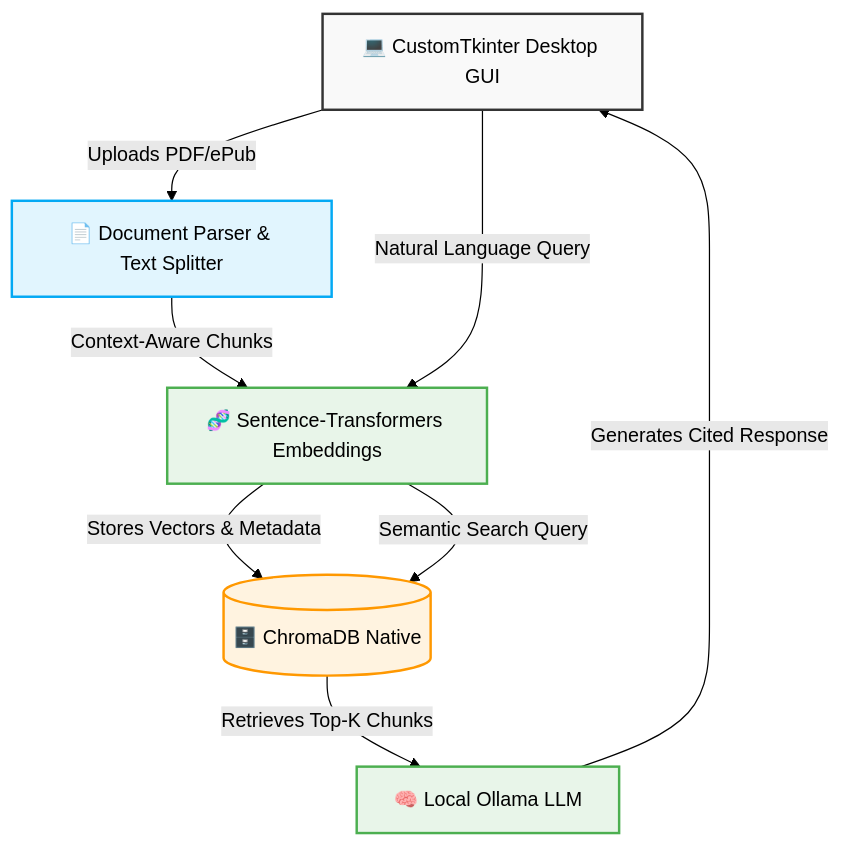
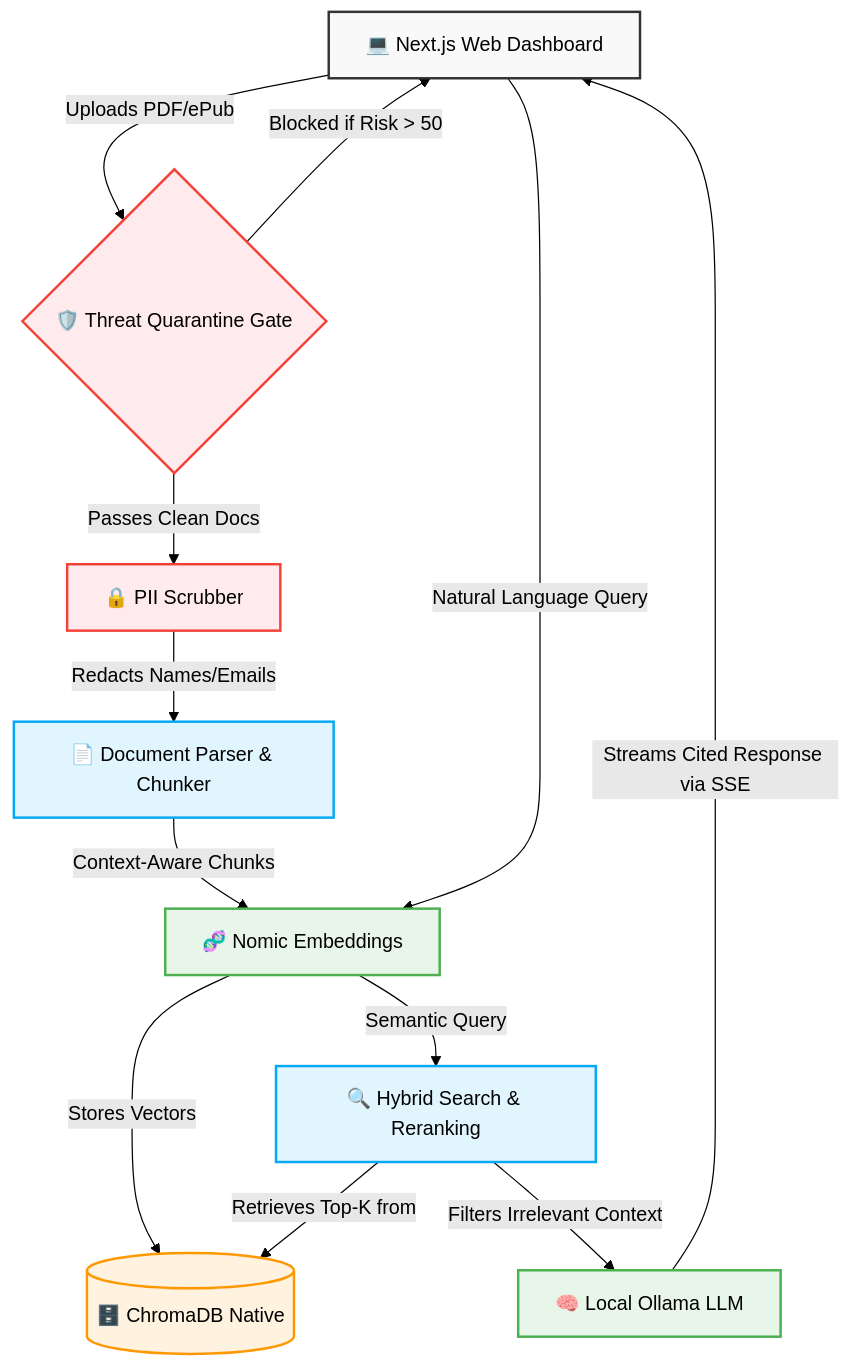
The diagram in README.md (GuilhermeGors/Codex_One), drawn with Mermaid (forest theme) before and after one commit. The commit also changed other lines of this file and 103 other files, not shown here.

````diff
--- a/README.md
+++ b/README.md
@@ -22,21 +23,30 @@
 ```mermaid
 flowchart TD
     classDef ui fill:#f9f9f9,stroke:#333,stroke-width:2px;
     classDef processing fill:#e1f5fe,stroke:#03a9f4,stroke-width:2px;
     classDef ai fill:#e8f5e9,stroke:#4caf50,stroke-width:2px;
     classDef db fill:#fff3e0,stroke:#ff9800,stroke-width:2px;
+    classDef sec fill:#ffebee,stroke:#f44336,stroke-width:2px;
 
-    Client[💻 CustomTkinter Desktop GUI]:::ui
-    Parser[📄 Document Parser & Text Splitter]:::processing
-    Embedder[🧬 Sentence-Transformers Embeddings]:::ai
+    Client[💻 Next.js Web Dashboard]:::ui
+    Gate{🛡️ Threat Quarantine Gate}:::sec
+    Scrubber[🔒 PII Scrubber]:::sec
+    Parser[📄 Document Parser & Chunker]:::processing
+    Embedder[🧬 Nomic Embeddings]:::ai
     VectorDB[(🗄️ ChromaDB Native)]:::db
+    Reranker[🔍 Hybrid Search & Reranking]:::processing
     LLM[🧠 Local Ollama LLM]:::ai
 
-    Client -->|Uploads PDF/ePub| Parser
+    Client -->|Uploads PDF/ePub| Gate
+    Gate -->|Blocked if Risk > 50| Client
+    Gate -->|Passes Clean Docs| Scrubber
+    Scrubber -->|Redacts Names/Emails| Parser
     Parser -->|Context-Aware Chunks| Embedder
-    Embedder -->|Stores Vectors & Metadata| VectorDB
+    Embedder -->|Stores Vectors| VectorDB
+    
     Client -->|Natural Language Query| Embedder
-    Embedder -->|Semantic Search Query| VectorDB
-    VectorDB -->|Retrieves Top-K Chunks| LLM
-    LLM -->|Generates Cited Response| Client
+    Embedder -->|Semantic Query| Reranker
+    Reranker -->|Retrieves Top-K from| VectorDB
+    Reranker -->|Filters Irrelevant Context| LLM
+    LLM -->|Streams Cited Response via SSE| Client
 ```
````
